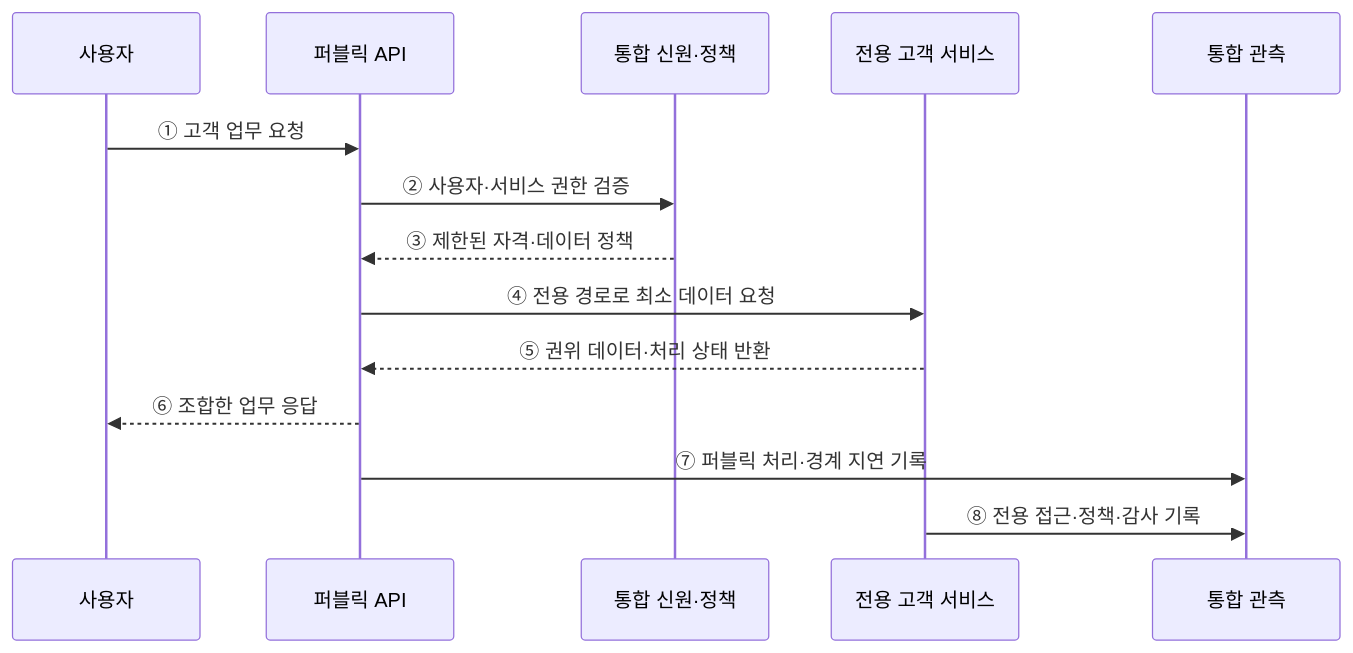
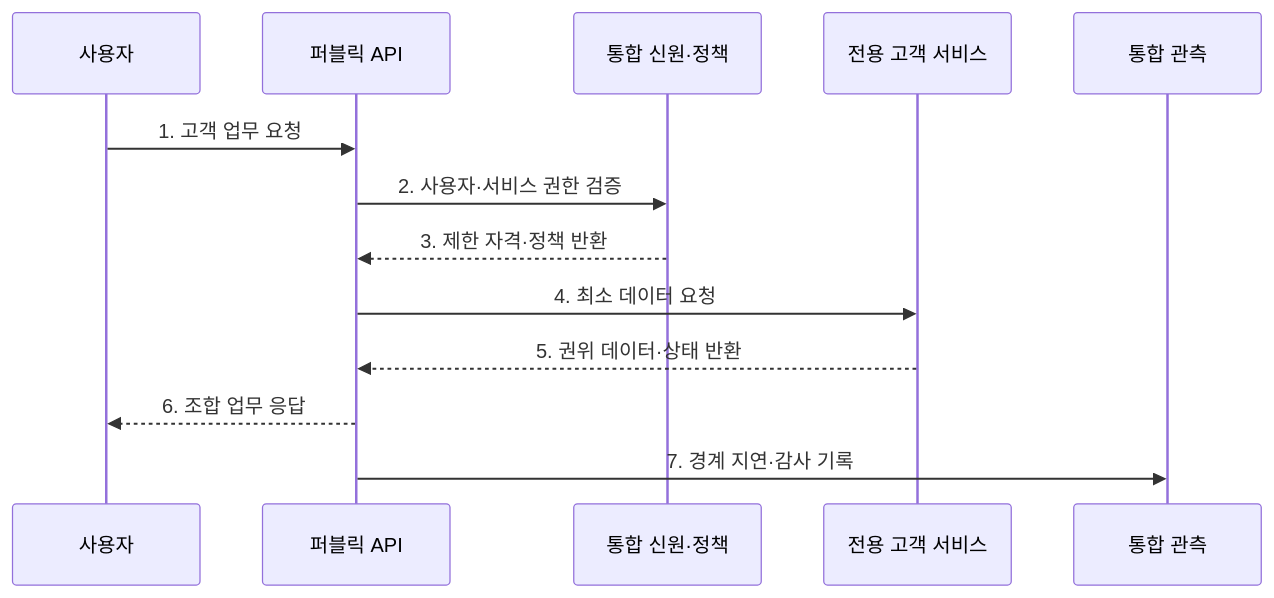
Before and after one commit to agnusdei1207/knowledge-base: the second of 2 diagrams in src/content/docs/notes/03-software/144_hybrid_cloud.md, drawn with Mermaid. The commit also changed other lines of this file and 20 other files, not shown here.

````diff
--- a/src/content/docs/notes/03-software/144_hybrid_cloud.md
+++ b/src/content/docs/notes/03-software/144_hybrid_cloud.md
@@ -74,16 +81,15 @@
 ```mermaid
 sequenceDiagram
     participant U as 사용자
     participant P as 퍼블릭 API
     participant I as 통합 신원·정책
     participant R as 전용 고객 서비스
     participant O as 통합 관측
-    U->>P: ① 고객 업무 요청
-    P->>I: ② 사용자·서비스 권한 검증
-    I-->>P: ③ 제한된 자격·데이터 정책
-    P->>R: ④ 전용 경로로 최소 데이터 요청
-    R-->>P: ⑤ 권위 데이터·처리 상태 반환
-    P-->>U: ⑥ 조합한 업무 응답
-    P->>O: ⑦ 퍼블릭 처리·경계 지연 기록
-    R->>O: ⑧ 전용 접근·정책·감사 기록
+    U->>P: 1. 고객 업무 요청
+    P->>I: 2. 사용자·서비스 권한 검증
+    I-->>P: 3. 제한 자격·정책 반환
+    P->>R: 4. 최소 데이터 요청
+    R-->>P: 5. 권위 데이터·상태 반환
+    P-->>U: 6. 조합 업무 응답
+    P->>O: 7. 경계 지연·감사 기록
 ```
````
